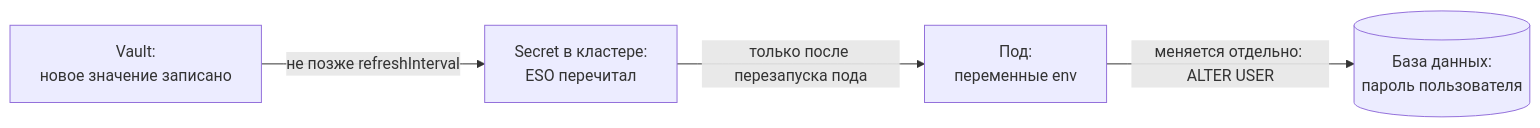
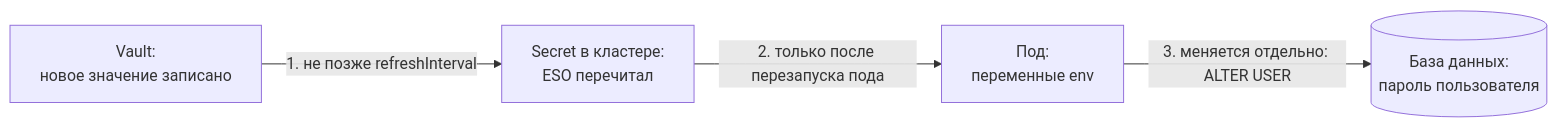
The fourth of 4 diagrams in devops/09-secrets-gitops/02-vault-k8s-eso.md (distinguished-sre/learning), drawn with Mermaid before and after one commit. The commit also changed other lines of this file and 462 other files, not shown here.

````diff
--- a/devops/09-secrets-gitops/02-vault-k8s-eso.md
+++ b/devops/09-secrets-gitops/02-vault-k8s-eso.md
@@ -513,6 +521,6 @@
 ```mermaid
 flowchart LR
-    V["Vault:<br>новое значение записано"] -->|"не позже refreshInterval"| S["Secret в кластере:<br>ESO перечитал"]
-    S -->|"только после перезапуска пода"| P["Под:<br>переменные env"]
-    P -->|"меняется отдельно: ALTER USER"| DB[("База данных:<br>пароль пользователя")]
+    V["Vault:<br>новое значение записано"] -->|"1. не позже refreshInterval"| S["Secret в кластере:<br>ESO перечитал"]
+    S -->|"2. только после перезапуска пода"| P["Под:<br>переменные env"]
+    P -->|"3. меняется отдельно: ALTER USER"| DB[("База данных:<br>пароль пользователя")]
 ```
````
